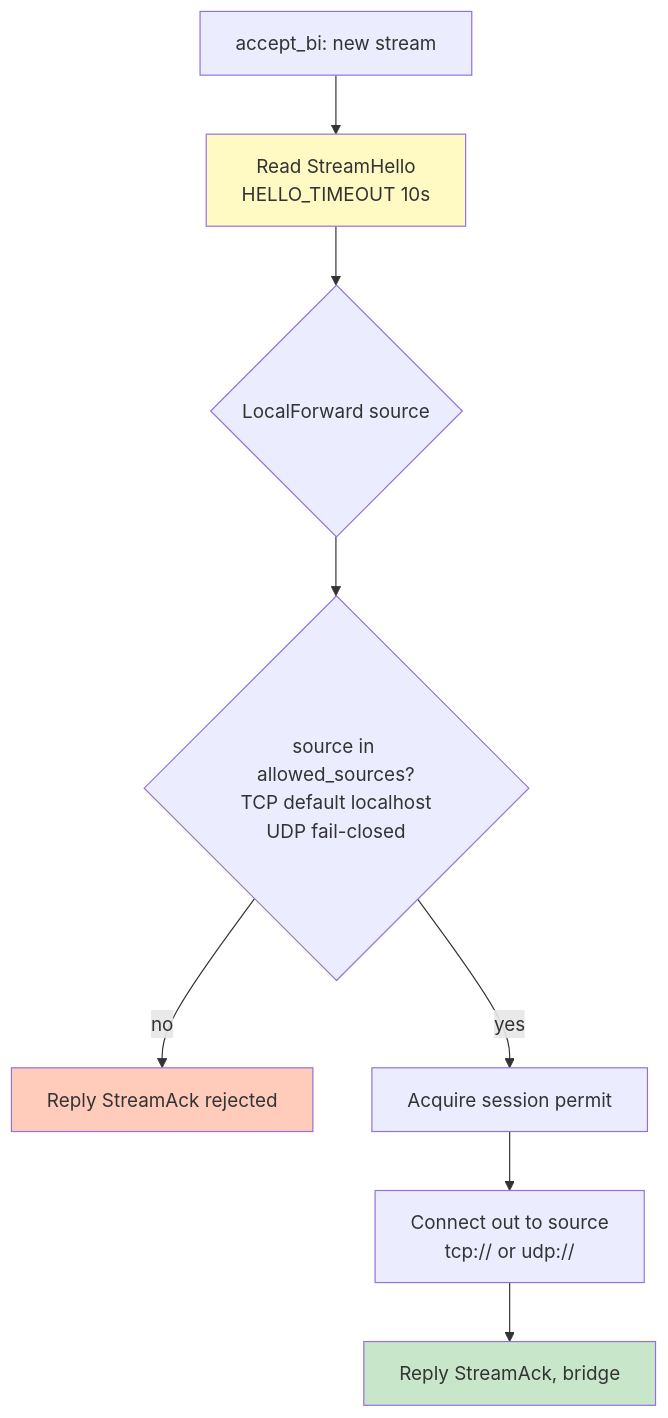
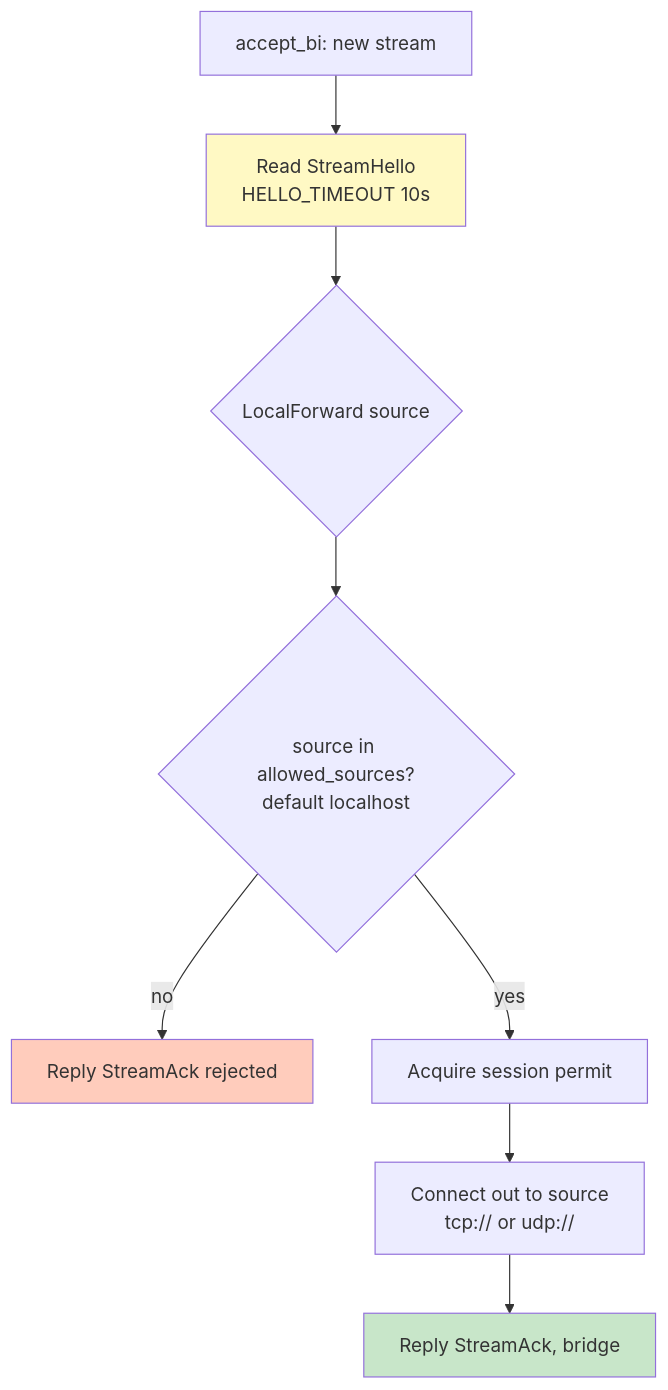
The seventh of 24 diagrams in docs/ARCHITECTURE.md (andrewtheguy/duopipe), drawn with Mermaid before and after one commit. The commit also changed other lines of this file and 8 other files, not shown here.

Commit message:
refactor: update allowed_sources handling and documentation for clarity

````diff
--- a/docs/ARCHITECTURE.md
+++ b/docs/ARCHITECTURE.md
@@ -262,15 +262,15 @@
 ```mermaid
 graph TB
     A[accept_bi: new stream] --> B[Read StreamHello<br/>HELLO_TIMEOUT 10s]
     B --> C{LocalForward source}
 
-    C --> S{source in allowed_sources?<br/>TCP default localhost<br/>UDP fail-closed}
+    C --> S{source in allowed_sources?<br/>default localhost}
     S -->|no| R[Reply StreamAck rejected]
     S -->|yes| D[Acquire session permit]
     D --> E[Connect out to source<br/>tcp:// or udp://]
     E --> F[Reply StreamAck, bridge]
 
     style B fill:#FFF9C4
     style F fill:#C8E6C9
     style R fill:#FFCCBC
 ```
````
